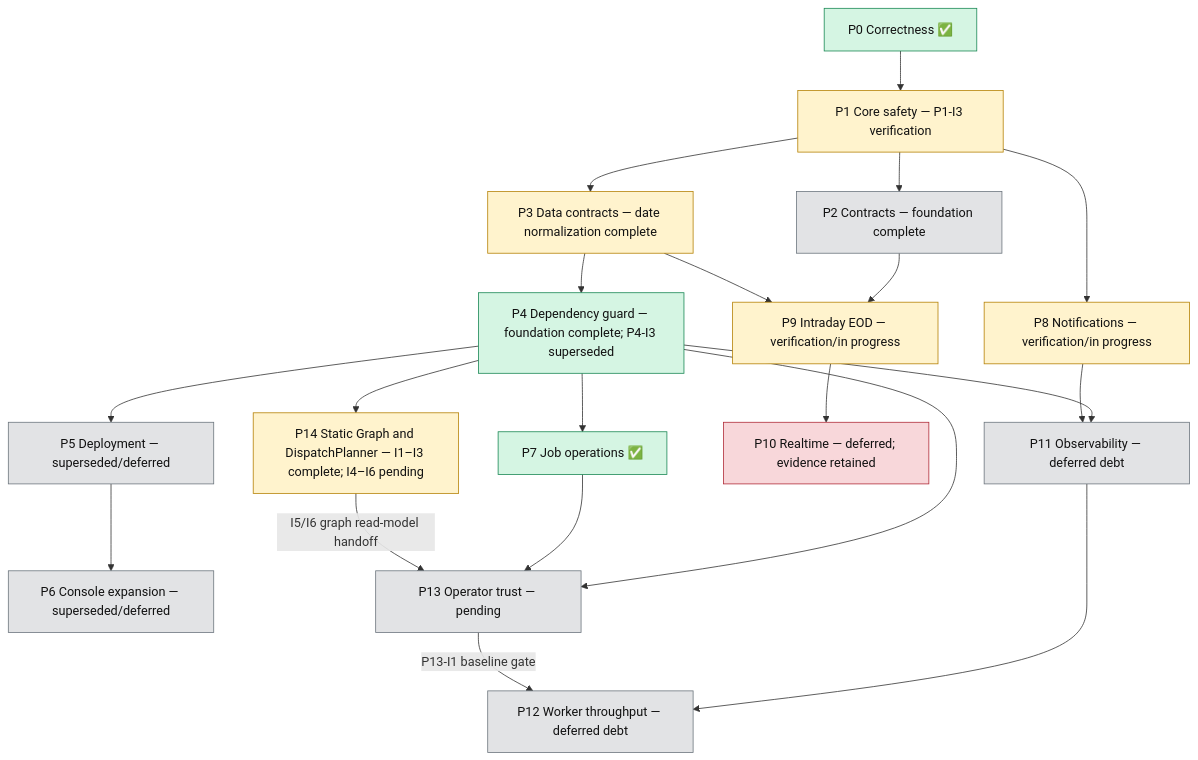
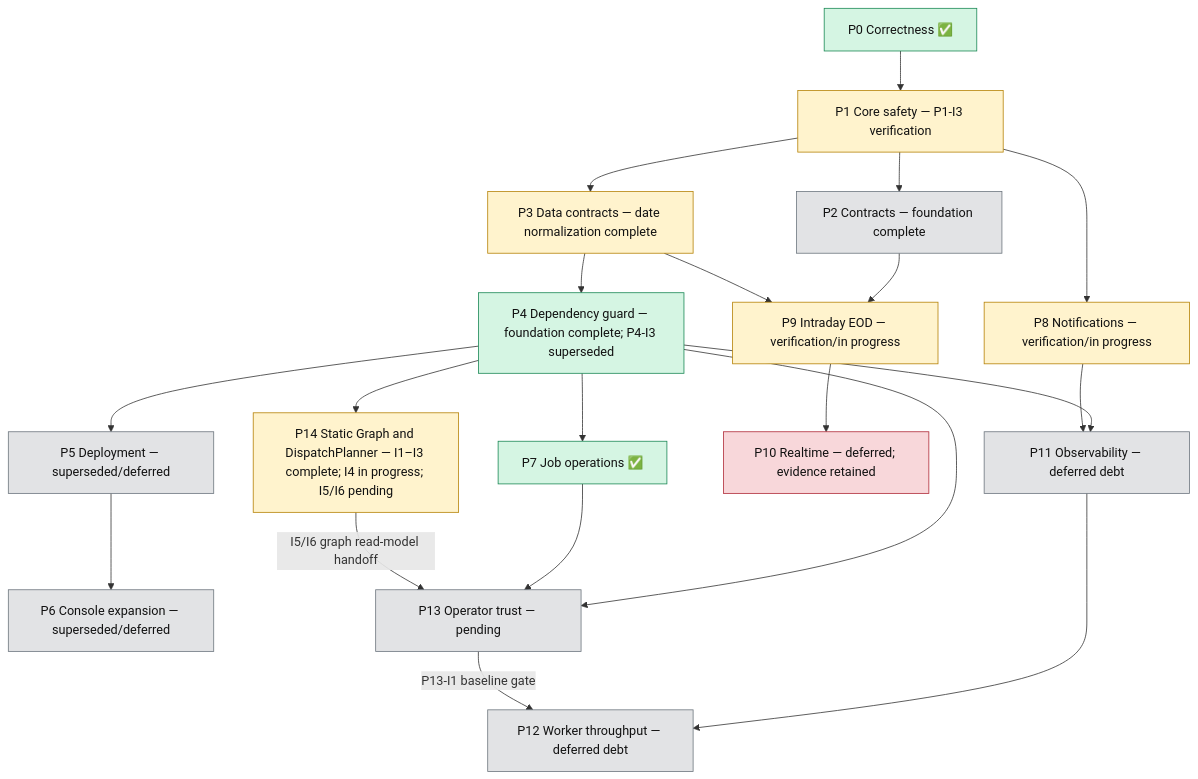
Before and after one commit to tanlocit9/omni: the diagram in docs/plans/roadmap/roadmap.md, drawn with Mermaid. The commit also changed other lines of this file and 13 other files, not shown here.

````diff
--- a/docs/plans/roadmap/roadmap.md
+++ b/docs/plans/roadmap/roadmap.md
@@ -7,31 +7,31 @@
 ```mermaid
 flowchart TD
     P0["P0 Correctness ✅"] --> P1["P1 Core safety — P1-I3 verification"]
     P1 --> P2["P2 Contracts — foundation complete"]
     P1 --> P3["P3 Data contracts — date normalization complete"]
     P3 --> P4["P4 Dependency guard — foundation complete; P4-I3 superseded"]
-    P4 --> P14["P14 Static Graph and DispatchPlanner — I1–I3 complete; I4–I6 pending"]
+    P4 --> P14["P14 Static Graph and DispatchPlanner — I1–I3 complete; I4 in progress; I5/I6 pending"]
     P4 --> P5["P5 Deployment — superseded/deferred"]
     P5 --> P6["P6 Console expansion — superseded/deferred"]
     P4 --> P7["P7 Job operations ✅"]
     P1 --> P8["P8 Notifications — verification/in progress"]
     P2 --> P9["P9 Intraday EOD — verification/in progress"]
     P3 --> P9
     P9 --> P10["P10 Realtime — deferred; evidence retained"]
     P4 --> P11["P11 Observability — deferred debt"]
     P8 --> P11
     P4 --> P13["P13 Operator trust — pending"]
     P7 --> P13
     P14 -->|"I5/I6 graph read-model handoff"| P13
     P11 --> P12["P12 Worker throughput — deferred debt"]
     P13 -->|"P13-I1 baseline gate"| P12
 
     classDef done fill:#d5f5e3,stroke:#198754,color:#111;
     classDef active fill:#fff3cd,stroke:#b58105,color:#111;
     classDef pending fill:#e2e3e5,stroke:#6c757d,color:#111;
     classDef blocked fill:#f8d7da,stroke:#b02a37,color:#111;
     class P0,P4,P7 done;
     class P1,P3,P8,P9,P14 active;
     class P2,P5,P6,P11,P12,P13 pending;
     class P10 blocked;
 ```
````
